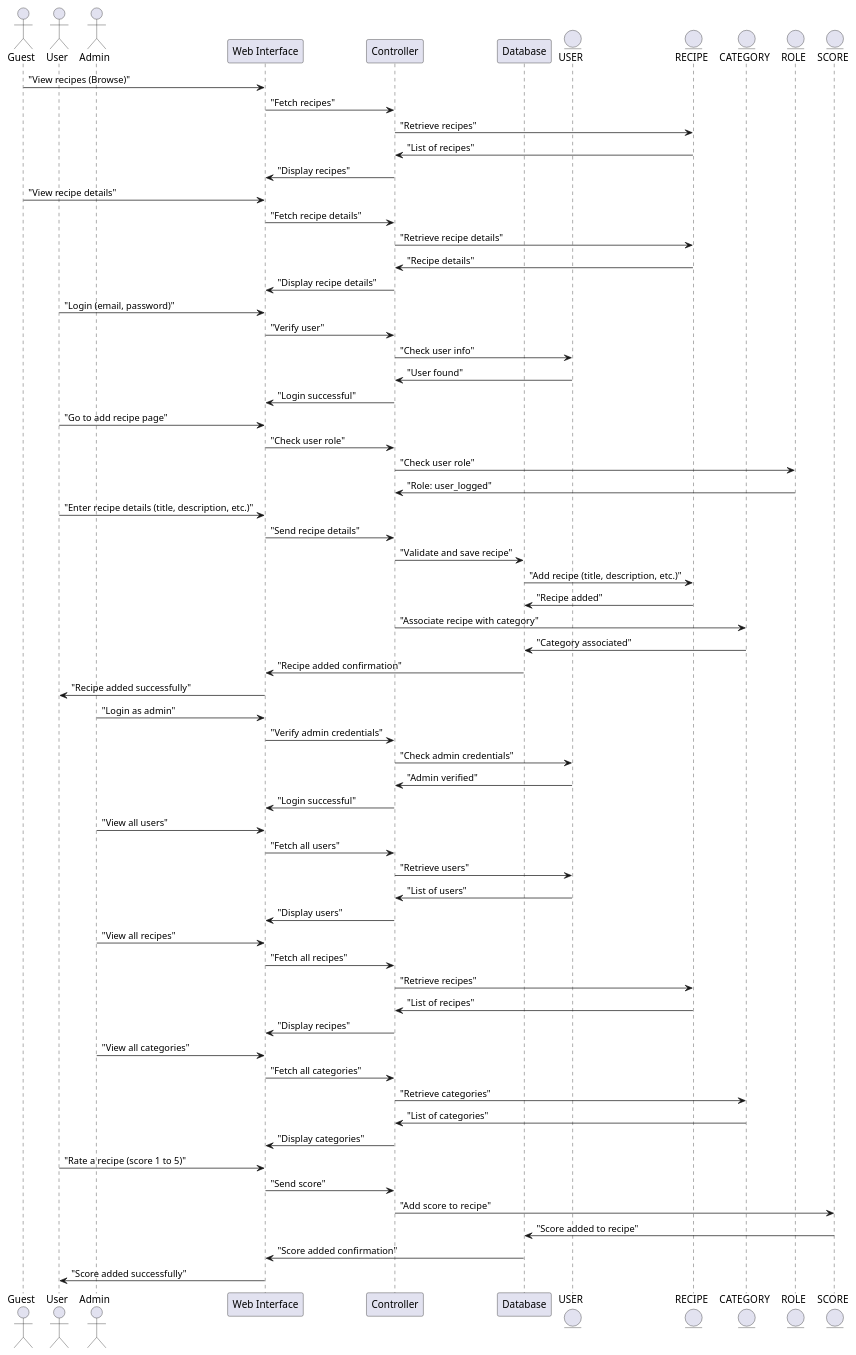
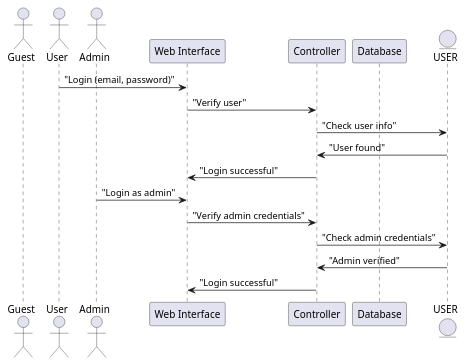
Before and after one commit to josephDelnord/cinesaveurs: the diagram in conception/diagrammes/diagramme_sequence.puml, drawn with PlantUML. The commit also changed 19 other files, not shown here.

```diff
--- a/conception/diagrammes/diagramme_sequence.puml
+++ b/conception/diagrammes/diagramme_sequence.puml
@@ -1,88 +1,23 @@
 @startuml
 actor "Guest" as Guest
 actor "User" as User
 actor "Admin" as Admin
 participant "Web Interface" as Web
 participant "Controller" as Controller
 participant "Database" as DB
 entity "USER" as UserDB
-entity "RECIPE" as RecipeDB
-entity "CATEGORY" as CategoryDB
-entity "ROLE" as RoleDB
-entity "SCORE" as ScoreDB
-
-' Interaction 1: The guest views the recipes
-Guest -> Web : "View recipes (Browse)"
-Web -> Controller : "Fetch recipes"
-Controller -> RecipeDB : "Retrieve recipes"
-RecipeDB -> Controller : "List of recipes"
-Controller -> Web : "Display recipes"
-
-' Interaction 2: The guest views recipe details
-Guest -> Web : "View recipe details"
-Web -> Controller : "Fetch recipe details"
-Controller -> RecipeDB : "Retrieve recipe details"
-RecipeDB -> Controller : "Recipe details"
-Controller -> Web : "Display recipe details"
 
 ' Interaction 3: The user logs in
 User -> Web : "Login (email, password)"
 Web -> Controller : "Verify user"
 Controller -> UserDB : "Check user info"
 UserDB -> Controller : "User found"
 Controller -> Web : "Login successful"
 
-' Interaction 4: The user accesses the add recipe page
-User -> Web : "Go to add recipe page"
-Web -> Controller : "Check user role"
-Controller -> RoleDB : "Check user role"
-RoleDB -> Controller : "Role: user_logged"
-
-' Interaction 5: The user enters the recipe information
-User -> Web : "Enter recipe details (title, description, etc.)"
-Web -> Controller : "Send recipe details"
-Controller -> DB : "Validate and save recipe"
-DB -> RecipeDB : "Add recipe (title, description, etc.)"
-RecipeDB -> DB : "Recipe added"
-
-' Interaction 6: Associate the recipe with a category
-Controller -> CategoryDB : "Associate recipe with category"
-CategoryDB -> DB : "Category associated"
-DB -> Web : "Recipe added confirmation"
-
-' Interaction 7: The web interface confirms the recipe addition
-Web -> User : "Recipe added successfully"
-
-' Admin checks users, recipes, and categories
+' Admin logs in
 Admin -> Web : "Login as admin"
 Web -> Controller : "Verify admin credentials"
 Controller -> UserDB : "Check admin credentials"
 UserDB -> Controller : "Admin verified"
 Controller -> Web : "Login successful"
-
-Admin -> Web : "View all users"
-Web -> Controller : "Fetch all users"
-Controller -> UserDB : "Retrieve users"
-UserDB -> Controller : "List of users"
-Controller -> Web : "Display users"
-
-Admin -> Web : "View all recipes"
-Web -> Controller : "Fetch all recipes"
-Controller -> RecipeDB : "Retrieve recipes"
-RecipeDB -> Controller : "List of recipes"
-Controller -> Web : "Display recipes"
-
-Admin -> Web : "View all categories"
-Web -> Controller : "Fetch all categories"
-Controller -> CategoryDB : "Retrieve categories"
-CategoryDB -> Controller : "List of categories"
-Controller -> Web : "Display categories"
-
-' Interaction 8: User adds a score to a recipe
-User -> Web : "Rate a recipe (score 1 to 5)"
-Web -> Controller : "Send score"
-Controller -> ScoreDB : "Add score to recipe"
-ScoreDB -> DB : "Score added to recipe"
-DB -> Web : "Score added confirmation"
-Web -> User : "Score added successfully"
 @enduml
```
